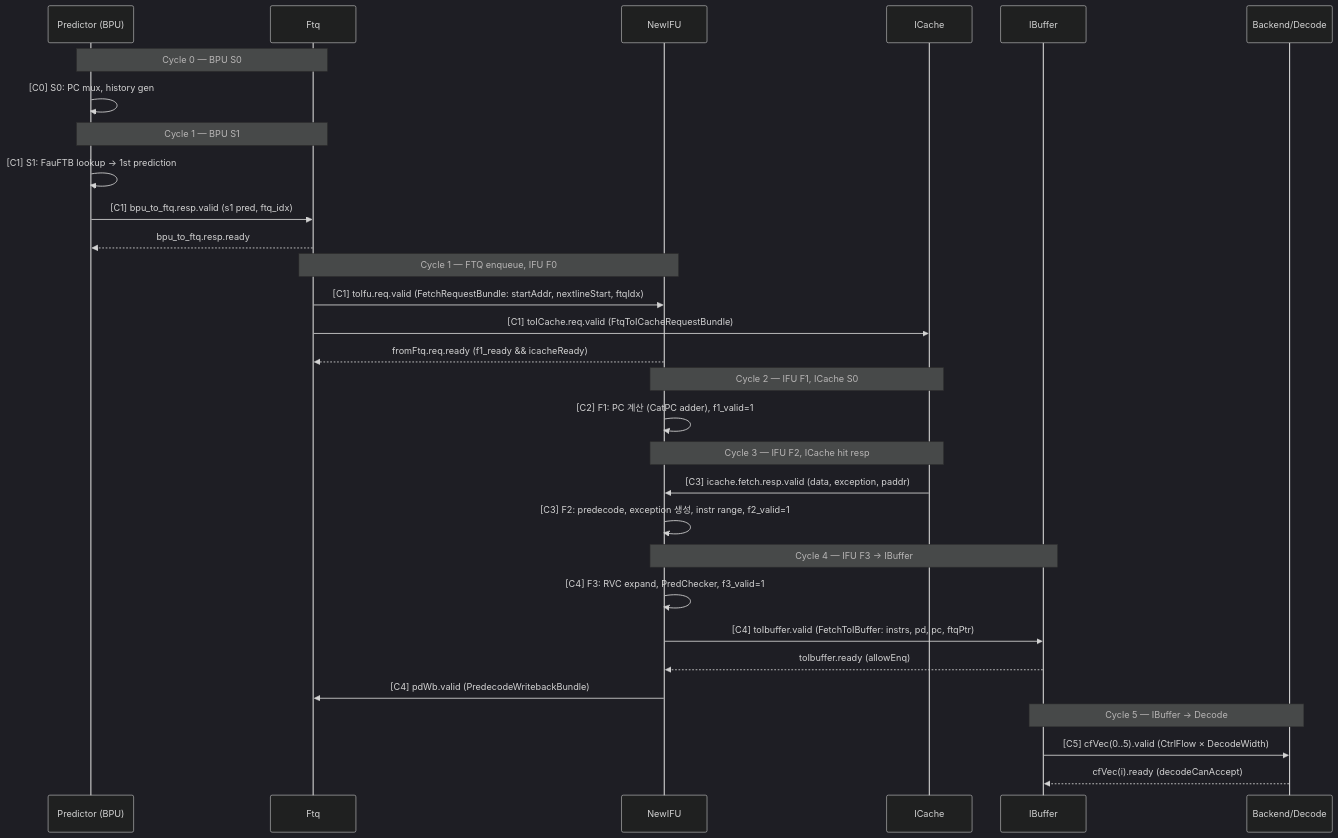
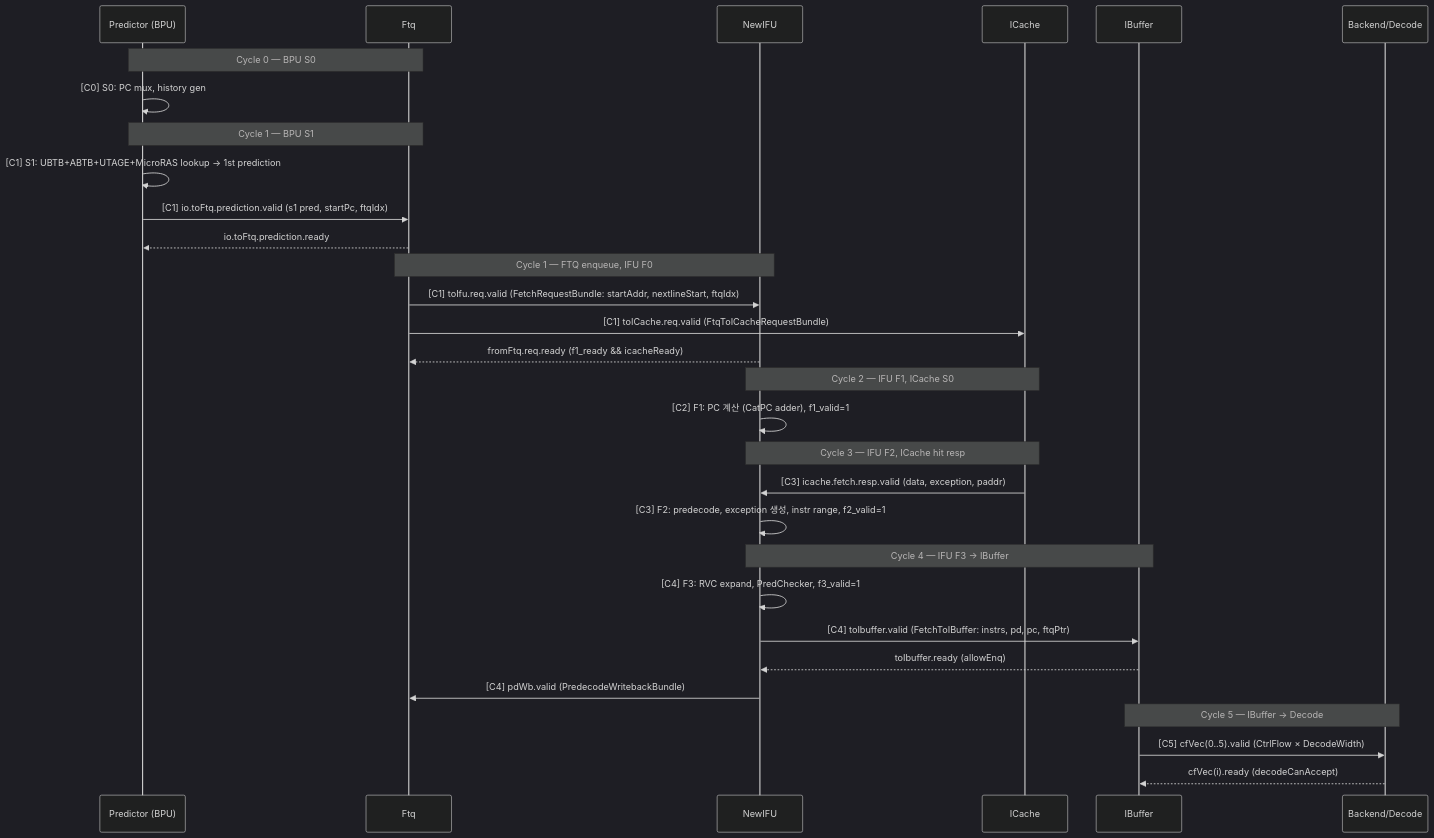
Before and after one commit to cinkeun/CPU_XS_02172026: the first of 7 diagrams in src/main/scala/xiangshan/frontend/doc/frontend_in_out_seq_diagram.md, drawn with Mermaid (dark theme). The commit also changed other lines of this file and 10 other files, not shown here.

````diff
--- a/src/main/scala/xiangshan/frontend/doc/frontend_in_out_seq_diagram.md
+++ b/src/main/scala/xiangshan/frontend/doc/frontend_in_out_seq_diagram.md
@@ -51,39 +51,39 @@
 ```mermaid
 sequenceDiagram
   participant BPU as Predictor (BPU)
   participant FTQ as Ftq
   participant IFU as NewIFU
   participant IC  as ICache
   participant IBuf as IBuffer
   participant BE  as Backend/Decode
 
   Note over BPU,FTQ: Cycle 0 — BPU S0
   BPU->>BPU: [C0] S0: PC mux, history gen
 
   Note over BPU,FTQ: Cycle 1 — BPU S1
-  BPU->>BPU: [C1] S1: FauFTB lookup → 1st prediction
-  BPU->>FTQ: [C1] bpu_to_ftq.resp.valid (s1 pred, ftq_idx)
-  FTQ-->>BPU: bpu_to_ftq.resp.ready
+  BPU->>BPU: [C1] S1: UBTB+ABTB+UTAGE+MicroRAS lookup → 1st prediction
+  BPU->>FTQ: [C1] io.toFtq.prediction.valid (s1 pred, startPc, ftqIdx)
+  FTQ-->>BPU: io.toFtq.prediction.ready
 
   Note over FTQ,IFU: Cycle 1 — FTQ enqueue, IFU F0
   FTQ->>IFU: [C1] toIfu.req.valid (FetchRequestBundle: startAddr, nextlineStart, ftqIdx)
   FTQ->>IC:  [C1] toICache.req.valid (FtqToICacheRequestBundle)
   IFU-->>FTQ: fromFtq.req.ready (f1_ready && icacheReady)
 
   Note over IFU,IC: Cycle 2 — IFU F1, ICache S0
   IFU->>IFU: [C2] F1: PC 계산 (CatPC adder), f1_valid=1
 
   Note over IFU,IC: Cycle 3 — IFU F2, ICache hit resp
   IC->>IFU: [C3] icache.fetch.resp.valid (data, exception, paddr)
   IFU->>IFU: [C3] F2: predecode, exception 생성, instr range, f2_valid=1
 
   Note over IFU,IBuf: Cycle 4 — IFU F3 → IBuffer
   IFU->>IFU: [C4] F3: RVC expand, PredChecker, f3_valid=1
   IFU->>IBuf: [C4] toIbuffer.valid (FetchToIBuffer: instrs, pd, pc, ftqPtr)
   IBuf-->>IFU: toIbuffer.ready (allowEnq)
   IFU->>FTQ:  [C4] pdWb.valid (PredecodeWritebackBundle)
 
   Note over IBuf,BE: Cycle 5 — IBuffer → Decode
   IBuf->>BE: [C5] cfVec(0..5).valid (CtrlFlow × DecodeWidth)
   BE-->>IBuf: cfVec(i).ready (decodeCanAccept)
 ```
````
